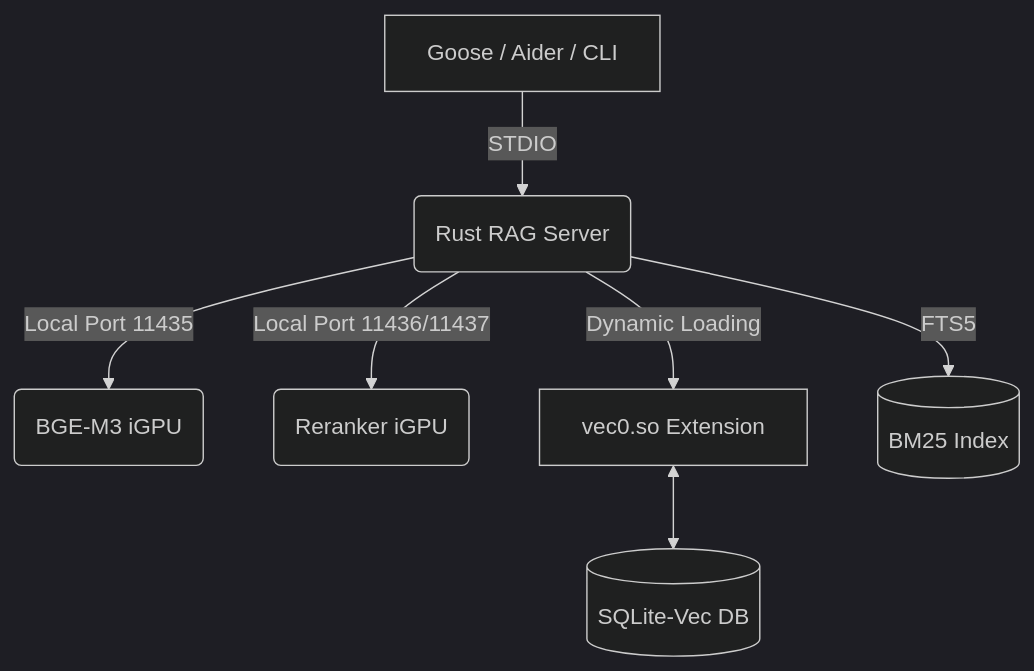
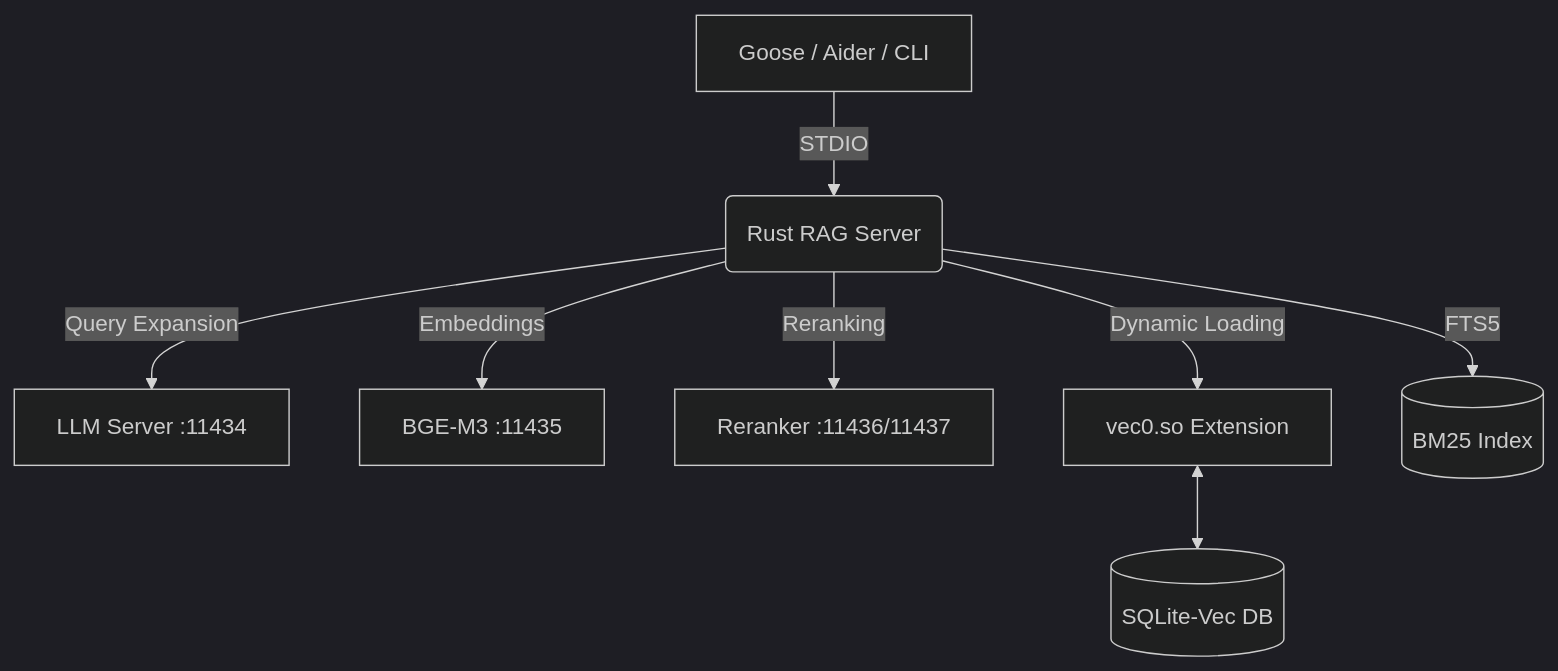
Before and after one commit to bengtfrost/rag-server: the diagram in README.md, drawn with Mermaid (dark theme). The commit also changed other lines of this file, not shown here.

````diff
--- a/README.md
+++ b/README.md
@@ -26,9 +27,10 @@
 ```mermaid
 graph TD
     A[Goose / Aider / CLI] -->|STDIO| B(Rust RAG Server)
-    B -->|Local Port 11435| C(BGE-M3 iGPU)
-    B -->|Local Port 11436/11437| D(Reranker iGPU)
-    B -->|Dynamic Loading| E[vec0.so Extension]
-    E <--> F[(SQLite-Vec DB)]
-    B -->|FTS5| G[(BM25 Index)]
+    B -->|Query Expansion| C[LLM Server :11434]
+    B -->|Embeddings| D[BGE-M3 :11435]
+    B -->|Reranking| E[Reranker :11436/11437]
+    B -->|Dynamic Loading| F[vec0.so Extension]
+    F <--> G[(SQLite-Vec DB)]
+    B -->|FTS5| H[(BM25 Index)]
 ```
````
